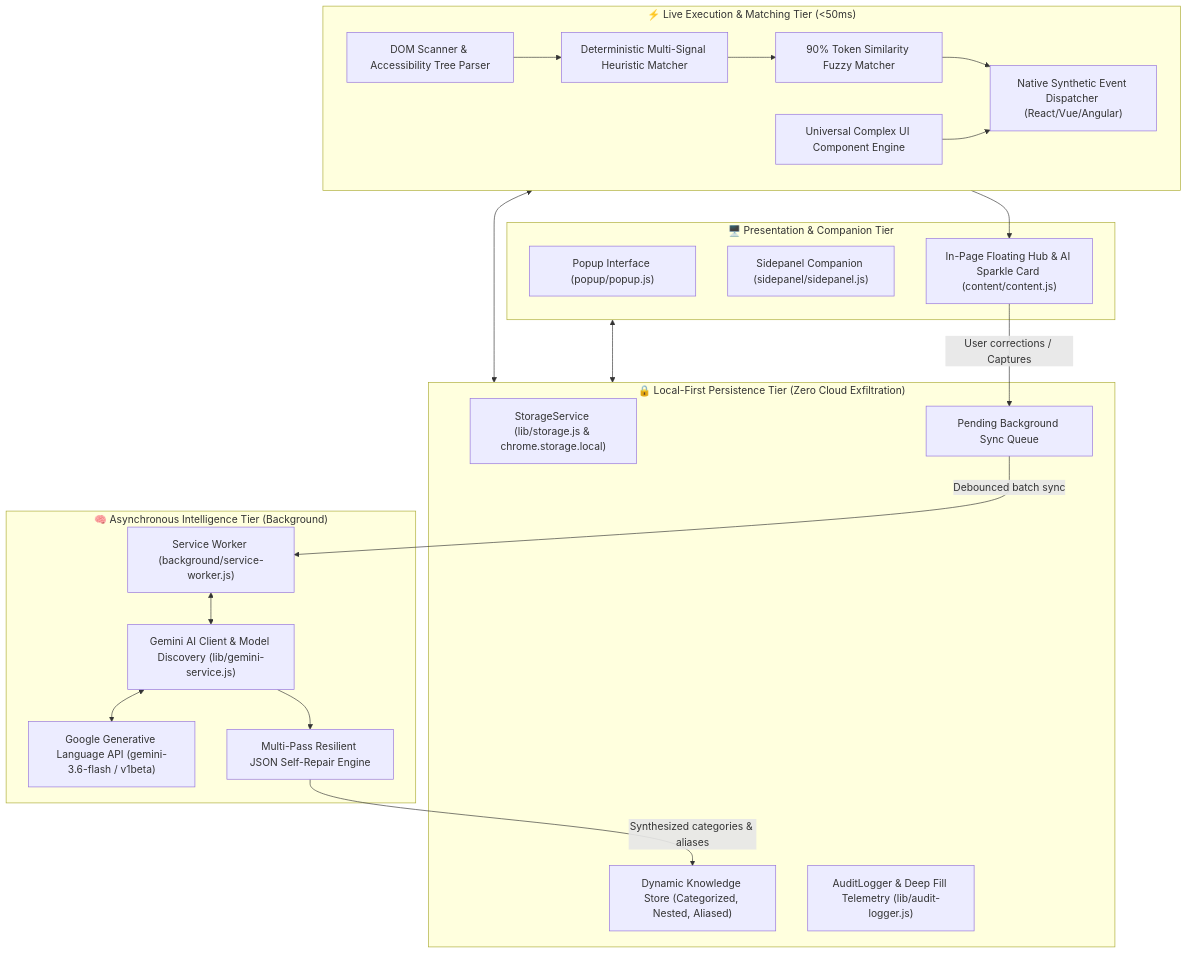
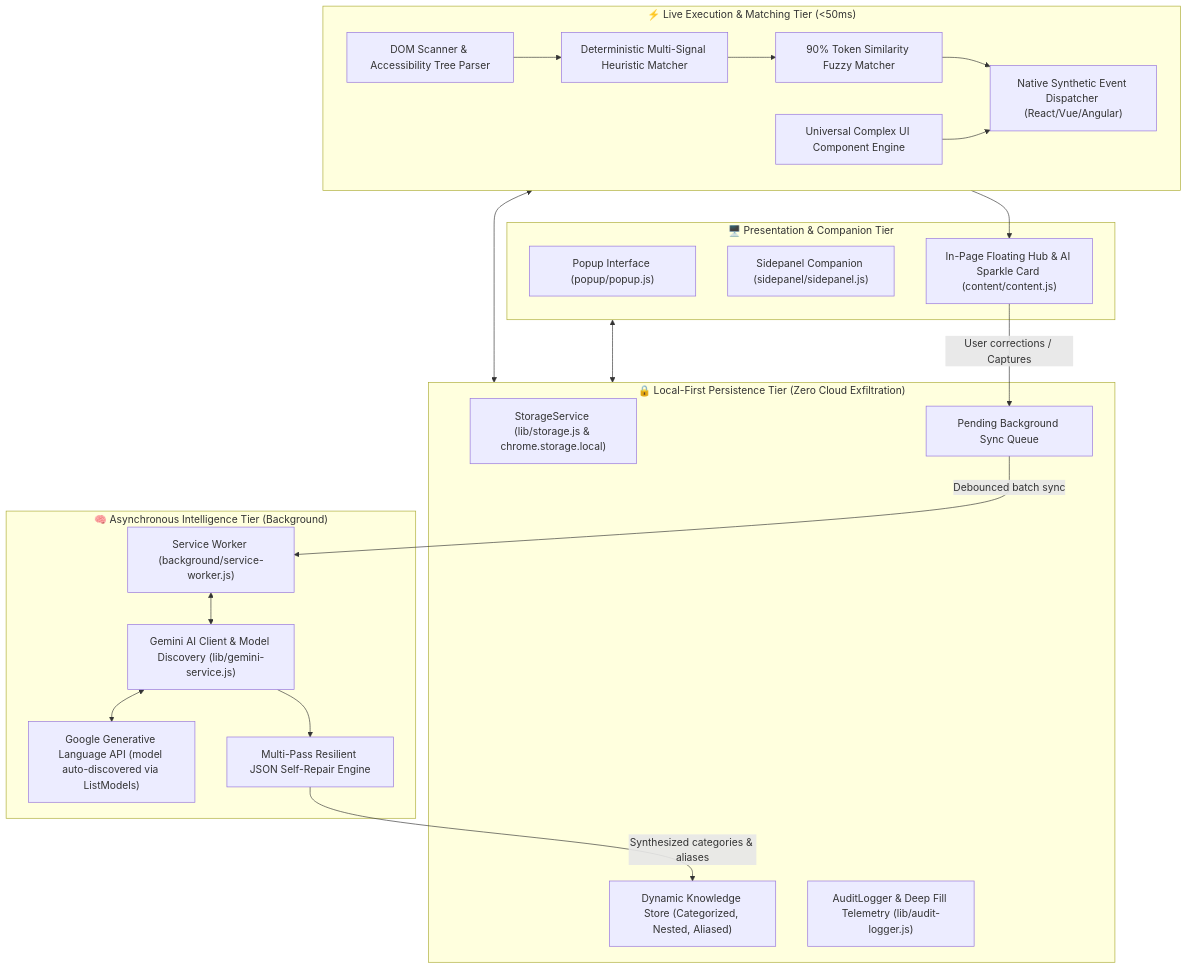
Before and after one commit to pritamrauniyar/applypilot-ai: the first of 2 diagrams in README.md, drawn with Mermaid. The commit also changed other lines of this file and 27 other files, not shown here.

````diff
--- a/README.md
+++ b/README.md
@@ -58,43 +62,43 @@
 ```mermaid
 graph TD
     subgraph UI_Tier ["🖥️ Presentation & Companion Tier"]
         Popup["Popup Interface (popup/popup.js)"]
         Sidepanel["Sidepanel Companion (sidepanel/sidepanel.js)"]
         InPageHub["In-Page Floating Hub & AI Sparkle Card (content/content.js)"]
     end
 
     subgraph Execution_Tier ["⚡ Live Execution & Matching Tier (<50ms)"]
         Scanner["DOM Scanner & Accessibility Tree Parser"]
         ComplexUI["Universal Complex UI Component Engine"]
         Matcher["Deterministic Multi-Signal Heuristic Matcher"]
         Fuzzy["90% Token Similarity Fuzzy Matcher"]
         SyntheticSetter["Native Synthetic Event Dispatcher (React/Vue/Angular)"]
     end
 
     subgraph Storage_Tier ["🔒 Local-First Persistence Tier (Zero Cloud Exfiltration)"]
         Storage["StorageService (lib/storage.js & chrome.storage.local)"]
         KnowledgeBase["Dynamic Knowledge Store (Categorized, Nested, Aliased)"]
         Telemetry["AuditLogger & Deep Fill Telemetry (lib/audit-logger.js)"]
         SyncQueue["Pending Background Sync Queue"]
     end
 
     subgraph AI_Tier ["🧠 Asynchronous Intelligence Tier (Background)"]
         SW["Service Worker (background/service-worker.js)"]
         GeminiService["Gemini AI Client & Model Discovery (lib/gemini-service.js)"]
         JSONHealer["Multi-Pass Resilient JSON Self-Repair Engine"]
-        GoogleAI["Google Generative Language API (gemini-3.6-flash / v1beta)"]
+        GoogleAI["Google Generative Language API (model auto-discovered via ListModels)"]
     end
 
     UI_Tier <--> Storage_Tier
     Execution_Tier <--> Storage_Tier
     Execution_Tier --> InPageHub
     Scanner --> Matcher --> Fuzzy --> SyntheticSetter
     ComplexUI --> SyntheticSetter
 
     InPageHub -- "User corrections / Captures" --> SyncQueue
     SyncQueue -- "Debounced batch sync" --> SW
     SW <--> GeminiService
     GeminiService <--> GoogleAI
     GeminiService --> JSONHealer
     JSONHealer -- "Synthesized categories & aliases" --> KnowledgeBase
 ```
````
